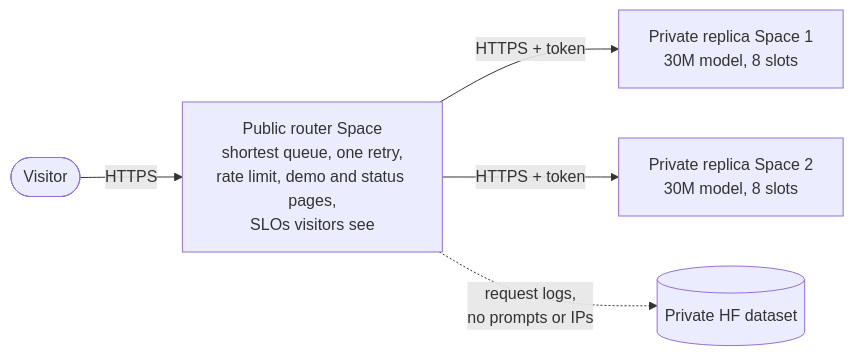
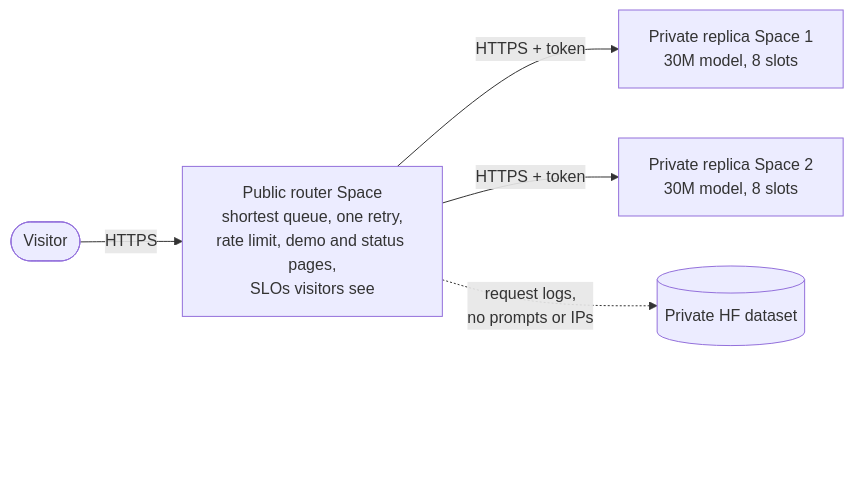
Before and after one commit to cooldip00/tiny-llm: the fourth of 4 diagrams in README.md, drawn with Mermaid. The commit also changed other lines of this file and 1 other file, not shown here.

First line of the commit message:
README: keep the GitHub zoom buttons off the diagrams' last boxes

````diff
--- a/README.md
+++ b/README.md
@@ -160,7 +169,10 @@
 ```mermaid
 flowchart LR
     v([Visitor]) -->|HTTPS| r["Public router Space<br/>shortest queue, one retry,<br/>rate limit, demo and status pages,<br/>SLOs visitors see"]
     r -->|HTTPS + token| a["Private replica Space 1<br/>30M model, 8 slots"]
     r -->|HTTPS + token| b["Private replica Space 2<br/>30M model, 8 slots"]
     r -.->|request logs,<br/>no prompts or IPs| d[("Private HF dataset")]
+    %% Invisible box: keeps the GitHub zoom buttons off the last node
+    r ~~~ gap["<br/><br/>"]
+    style gap fill:none,stroke:none
 ```
````
